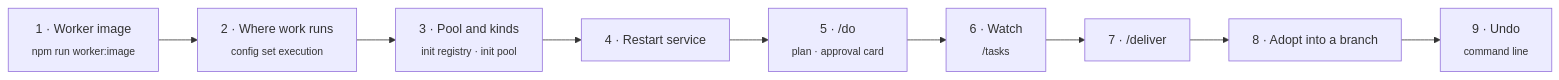
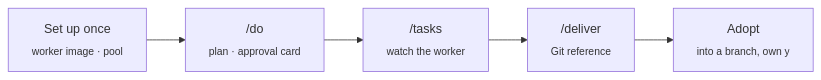
One commit to Verhex/deckent-next changed the fourth of 6 diagrams in README.md. Above: the diagram before and after it, drawn with Mermaid. The commit also changed other lines of this file and 3 other files, not shown here.

````diff
--- a/README.md
+++ b/README.md
@@ -170,11 +220,7 @@
 ```mermaid
 flowchart LR
-  W["1 · Worker image<br/><sub>npm run worker:image</sub>"] --> E["2 · Where work runs<br/><sub>config set execution</sub>"]
-  E --> A["3 · Pool and kinds<br/><sub>init registry · init pool</sub>"]
-  A --> R["4 · Restart service"]
-  R --> D["5 · /do<br/><sub>plan · approval card</sub>"]
-  D --> T["6 · Watch<br/><sub>/tasks</sub>"]
-  T --> L["7 · /deliver"]
-  L --> B["8 · Adopt into a branch"]
-  B --> U["9 · Undo<br/><sub>command line</sub>"]
+  S["Set up once<br/><sub>worker image · pool</sub>"] --> D["/do<br/><sub>plan · approval card</sub>"]
+  D --> T["/tasks<br/><sub>watch the worker</sub>"]
+  T --> L["/deliver<br/><sub>Git reference</sub>"]
+  L --> B["Adopt<br/><sub>into a branch, own y</sub>"]
 ```
````
